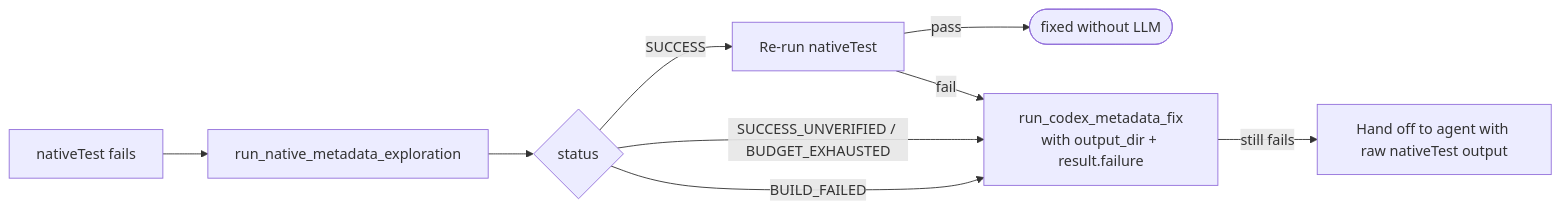
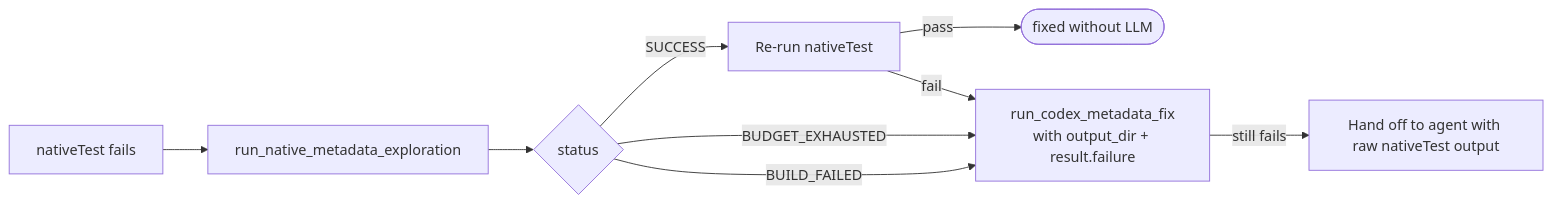
One commit to oracle/graalvm-reachability-metadata changed the diagram in forge/docs/fix-java-run-fail.md. Above: the diagram before and after it, drawn with Mermaid. The commit also changed 7 other files, not shown here.

````diff
--- a/forge/docs/fix-java-run-fail.md
+++ b/forge/docs/fix-java-run-fail.md
@@ -209,11 +209,11 @@
 ```mermaid
 flowchart LR
     NTFail[nativeTest fails] --> Explore[run_native_metadata_exploration]
     Explore --> Status{status}
     Status -- "SUCCESS" --> Verify[Re-run nativeTest]
     Verify -- pass --> Done([fixed without LLM])
     Verify -- fail --> Codex[run_codex_metadata_fix<br/>with output_dir + result.failure]
-    Status -- "SUCCESS_UNVERIFIED / BUDGET_EXHAUSTED" --> Codex
+    Status -- "BUDGET_EXHAUSTED" --> Codex
     Status -- "BUILD_FAILED" --> Codex
     Codex -- still fails --> Agent[Hand off to agent with raw nativeTest output]
 ```
````
